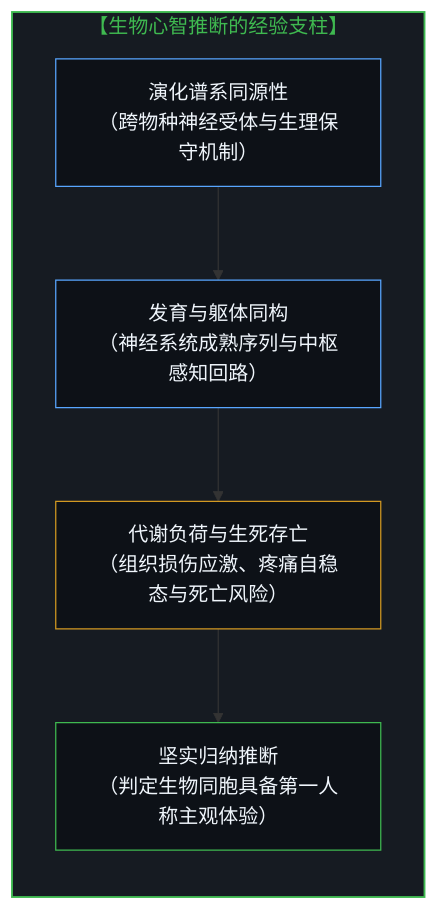
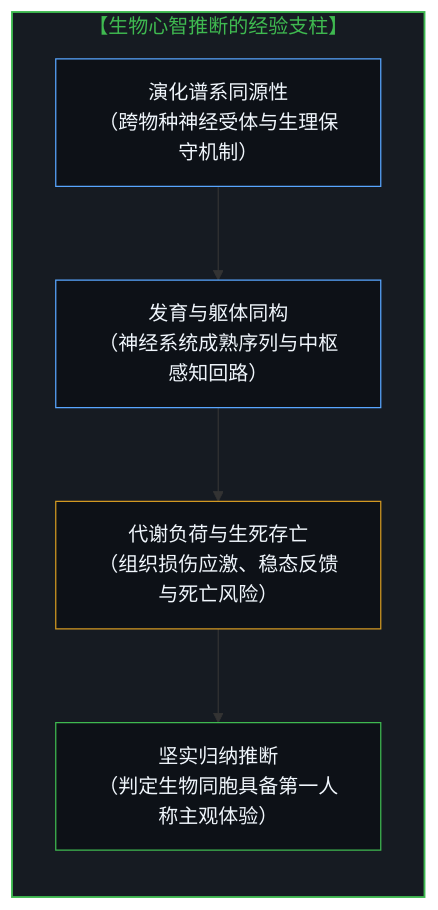
Before and after one commit to powerpig99/not-a-toe: the first of 6 diagrams in content/posts/the-sleight-of-hand-of-consciousness-and-the-asymmetry-of-inference.md, drawn with Mermaid. The commit also changed other lines of this file and 1 other file, not shown here.

````diff
--- a/content/posts/the-sleight-of-hand-of-consciousness-and-the-asymmetry-of-inference.md
+++ b/content/posts/the-sleight-of-hand-of-consciousness-and-the-asymmetry-of-inference.md
@@ -17,14 +17,14 @@
 ```mermaid
 flowchart TD
     subgraph S_Biological ["【生物心智推断的经验支柱】"]
         direction TB
         B1["演化谱系同源性<br/>（跨物种神经受体与生理保守机制）"] --> B2["发育与躯体同构<br/>（神经系统成熟序列与中枢感知回路）"]
-        B2 --> B3["代谢负荷与生死存亡<br/>（组织损伤应激、疼痛自稳态与死亡风险）"]
+        B2 --> B3["代谢负荷与生死存亡<br/>（组织损伤应激、稳态反馈与死亡风险）"]
         B3 --> B4["坚实归纳推断<br/>（判定生物同胞具备第一人称主观体验）"]
     end
     style S_Biological fill:#161b22,stroke:#3fb950,stroke-width:1.5px,color:#3fb950
     style B1 fill:#0d1117,stroke:#58a6ff,stroke-width:1px,color:#f0f6fc
     style B2 fill:#0d1117,stroke:#58a6ff,stroke-width:1px,color:#f0f6fc
     style B3 fill:#0d1117,stroke:#d29922,stroke-width:1px,color:#f0f6fc
     style B4 fill:#0d1117,stroke:#3fb950,stroke-width:1px,color:#f0f6fc
 ```
````
